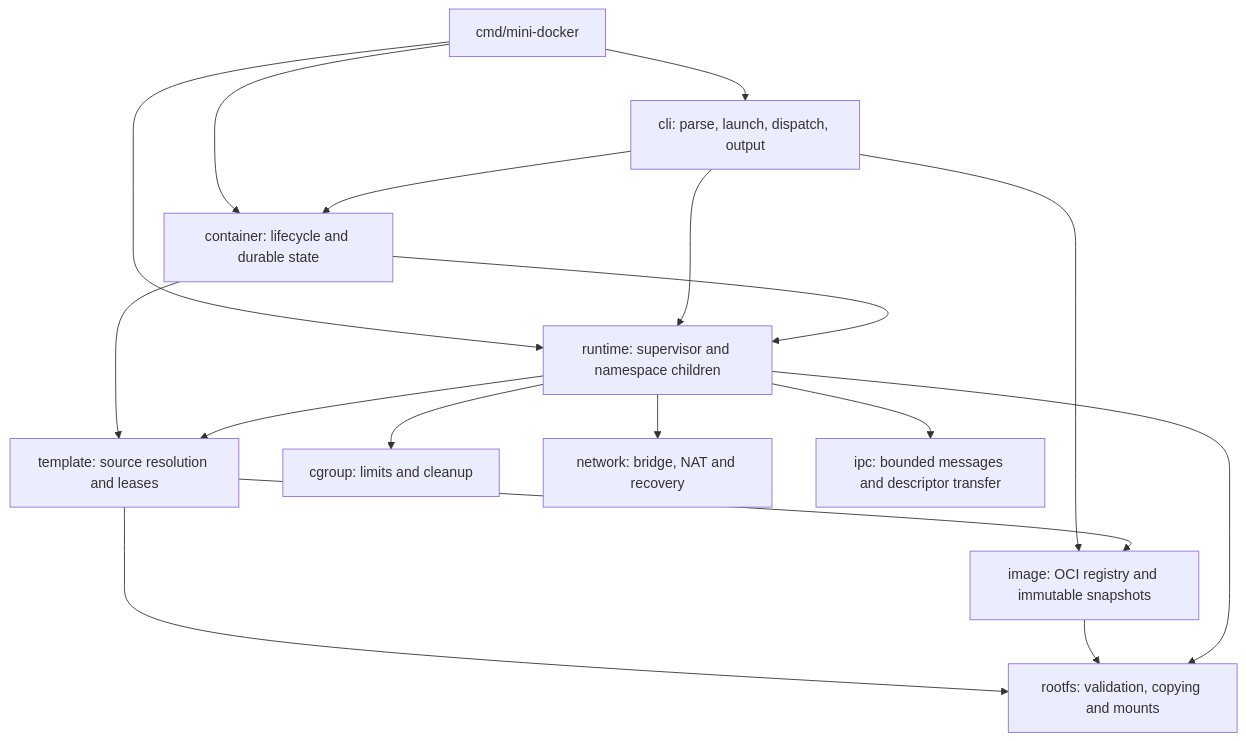
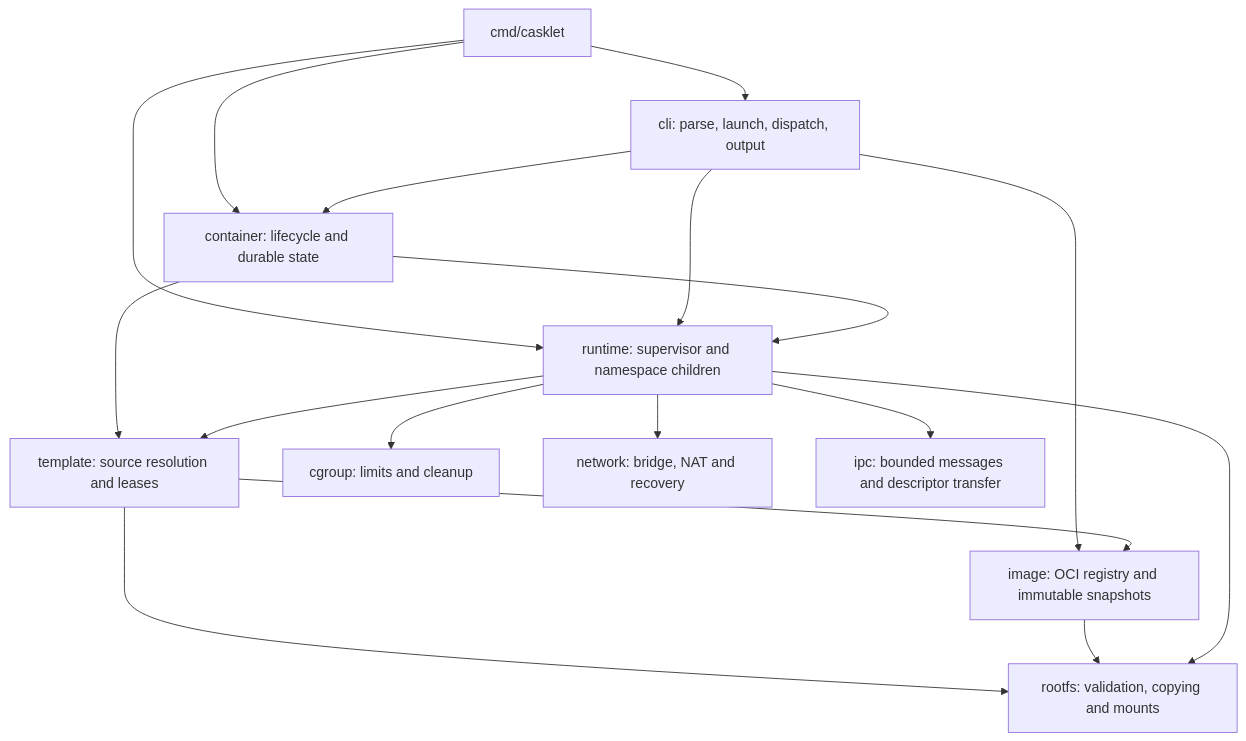
Before and after one commit to mingo-liu/casklet: the second of 2 diagrams in ARCHITECTURE.md, drawn with Mermaid. The commit also changed other lines of this file and 152 other files, not shown here.

First line of the commit message:
refactor!: rename project and CLI to casklet

````diff
--- a/ARCHITECTURE.md
+++ b/ARCHITECTURE.md
@@ -71,19 +71,19 @@
 ```mermaid
 flowchart TD
-    main[cmd/mini-docker] --> cli[cli: parse, launch, dispatch, output]
+    main[cmd/casklet] --> cli[cli: parse, launch, dispatch, output]
     main --> container[container: lifecycle and durable state]
     main --> runtime[runtime: supervisor and namespace children]
     cli --> container
     cli --> runtime
     cli --> image[image: OCI registry and immutable snapshots]
     container --> runtime
     container --> template[template: source resolution and leases]
     runtime --> template
     template --> image
     template --> rootfs[rootfs: validation, copying and mounts]
     image --> rootfs
     runtime --> rootfs
     runtime --> cgroup[cgroup: limits and cleanup]
     runtime --> network[network: bridge, NAT and recovery]
     runtime --> ipc[ipc: bounded messages and descriptor transfer]
 ```
````
